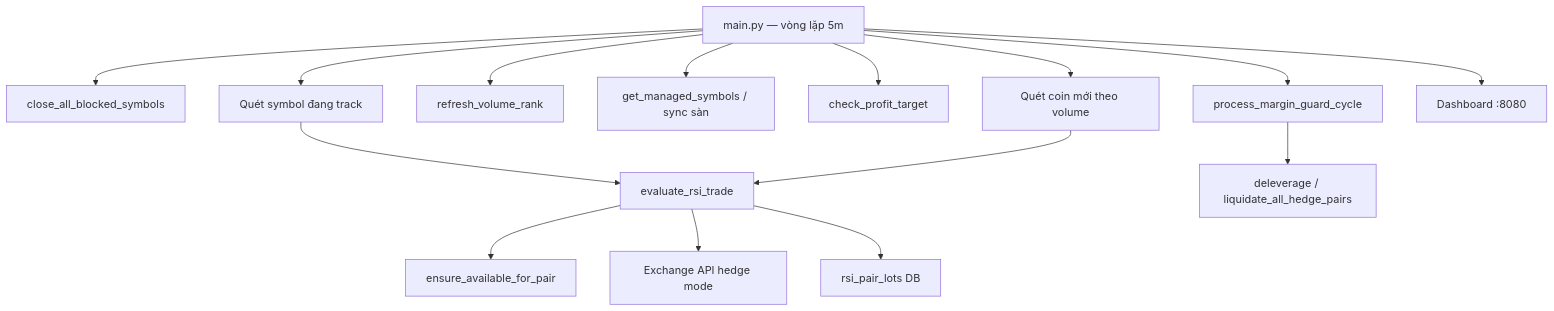
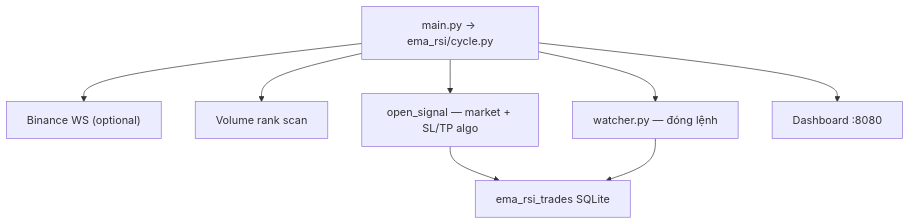
One commit to vnbees/ema-follow changed the diagram in docs/BOT_LOGIC.md. Above: the diagram before and after it, drawn with Mermaid. The commit also changed other lines of this file and 92 other files, not shown here.

First line of the commit message:
Replace legacy RSI bot with EMA-RSI strategy and harden REST/notify.

````diff
--- a/docs/BOT_LOGIC.md
+++ b/docs/BOT_LOGIC.md
@@ -35,18 +26,11 @@
 ```mermaid
 flowchart TB
-    main["main.py — vòng lặp 5m"]
-    main --> blocked["close_all_blocked_symbols"]
-    main --> mg["process_margin_guard_cycle"]
-    main --> refresh["refresh_volume_rank"]
-    main --> sync_pos["get_managed_symbols / sync sàn"]
-    main --> profit_chk["check_profit_target"]
-    main --> managed["Quét symbol đang track"]
-    main --> scan["Quét coin mới theo volume"]
-    managed --> eval["evaluate_rsi_trade"]
-    scan --> eval
-    eval --> preflight["ensure_available_for_pair"]
-    eval --> exchange["Exchange API hedge mode"]
-    eval --> db["rsi_pair_lots DB"]
+    main["main.py → ema_rsi/cycle.py"]
+    main --> ws["Binance WS (optional)"]
+    main --> scan["Volume rank scan"]
+    main --> entry["open_signal — market + SL/TP algo"]
+    main --> watcher["watcher.py — đóng lệnh"]
+    entry --> db["ema_rsi_trades SQLite"]
     main --> web["Dashboard :8080"]
-    mg --> delev["deleverage / liquidate_all_hedge_pairs"]
+    watcher --> db
 ```
````
